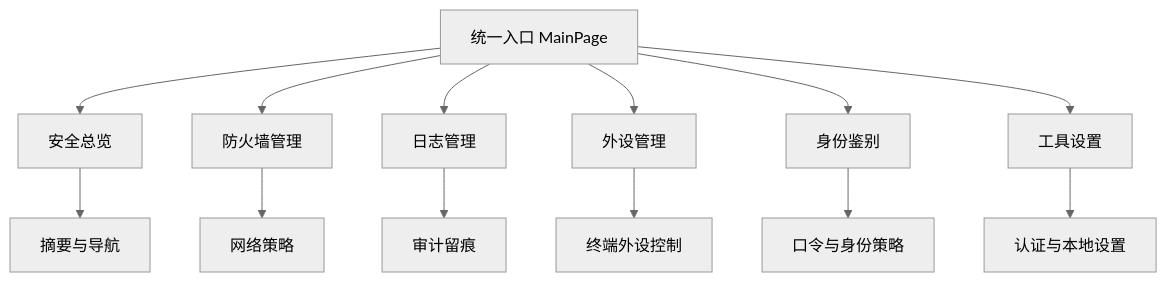
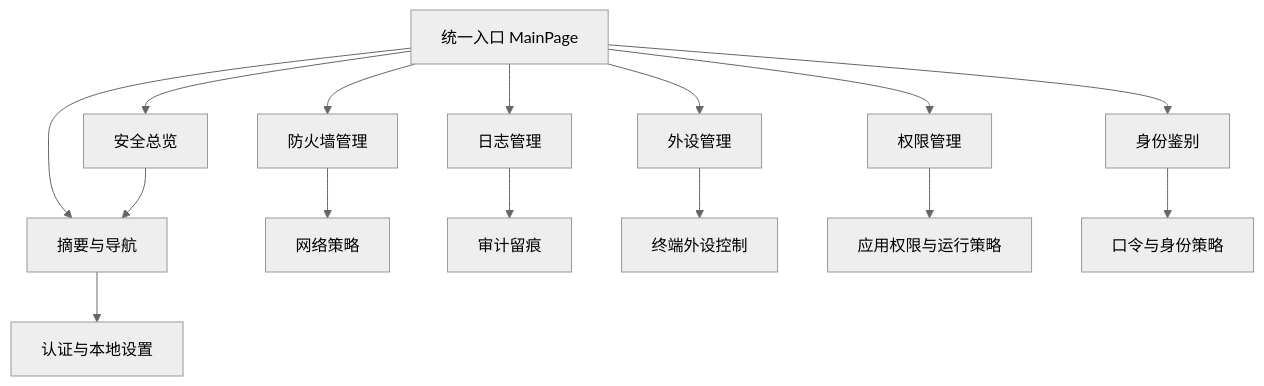
The first of 2 diagrams in docs/02-总体设计/PRD.md (Deslord319/security_tool), drawn with Mermaid (neutral theme) before and after one commit. The commit also changed other lines of this file and 24 other files, not shown here.

````diff
--- a/docs/02-总体设计/PRD.md
+++ b/docs/02-总体设计/PRD.md
@@ -117,16 +120,18 @@
 ```mermaid
 flowchart TB
   A["统一入口 MainPage"] --> B["安全总览"]
   A --> C["防火墙管理"]
   A --> D["日志管理"]
   A --> E["外设管理"]
-  A --> F["身份鉴别"]
-  A --> G["工具设置"]
+  A --> F["权限管理"]
+  A --> G["身份鉴别"]
+  A --> H["工具设置"]
 
   B --> H["摘要与导航"]
   C --> I["网络策略"]
   D --> J["审计留痕"]
   E --> K["终端外设控制"]
-  F --> L["口令与身份策略"]
-  G --> M["认证与本地设置"]
+  F --> L["应用权限与运行策略"]
+  G --> M["口令与身份策略"]
+  H --> N["认证与本地设置"]
 ```
````
